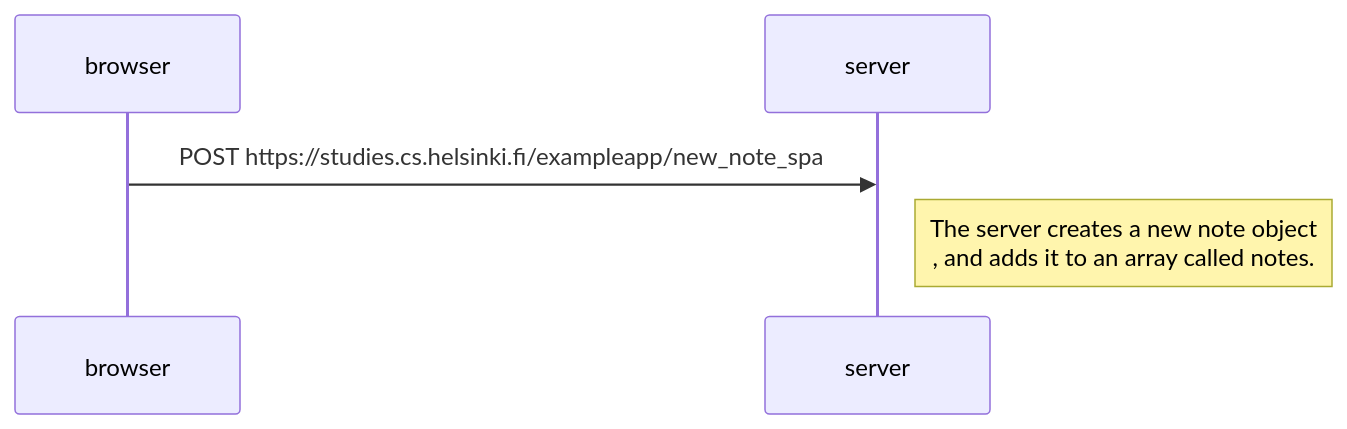
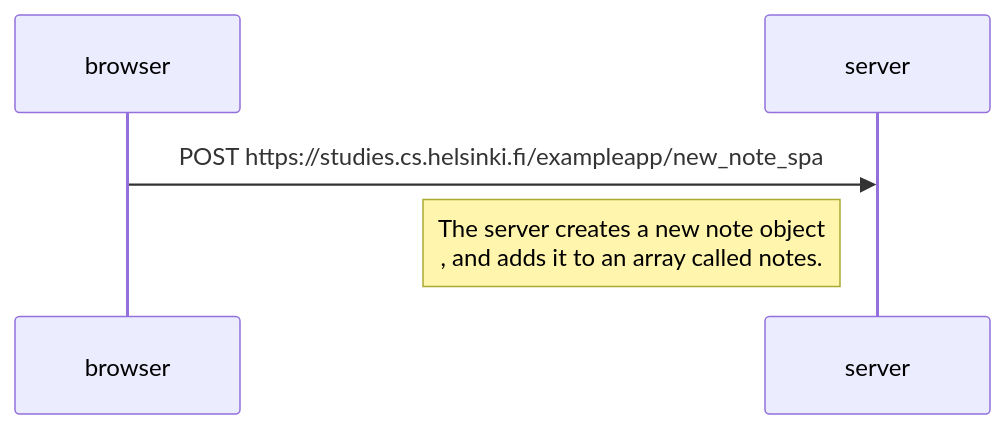
One commit to tasjen/fso-0 changed the diagram in 0-6.md. Above: the diagram before and after it, drawn with Mermaid.

````diff
--- a/0-6.md
+++ b/0-6.md
@@ -1,9 +1,9 @@
 ```mermaid
 sequenceDiagram
     participant browser
     participant server
 
     browser->>server: POST https://studies.cs.helsinki.fi/exampleapp/new_note_spa
     activate server
-    Note right of server: The server creates a new note object<br/>, and adds it to an array called notes.
+    Note left of server: The server creates a new note object<br/>, and adds it to an array called notes.
 ```
````
